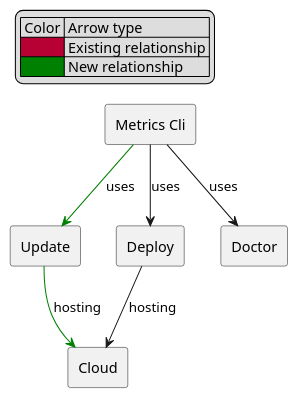
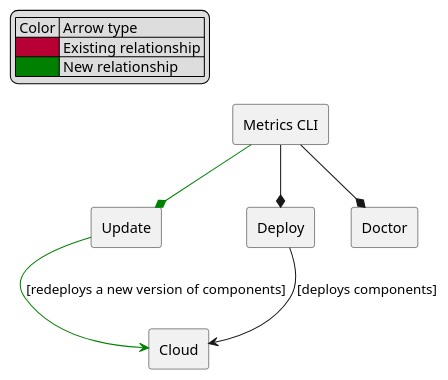
One commit to Flank/flank-dashboard changed the diagram in metrics/cli/docs/features/diagrams/update_feature_integration_component_diagram.puml. Above: the diagram before and after it, drawn with PlantUML. The commit also changed 1 other file, not shown here.

```diff
--- a/metrics/cli/docs/features/diagrams/update_feature_integration_component_diagram.puml
+++ b/metrics/cli/docs/features/diagrams/update_feature_integration_component_diagram.puml
@@ -1,24 +1,24 @@
 @startuml update_feature_integration_component_diagram
 
 skinparam componentStyle rectangle
 
 legend top left
     | Color | Arrow type |
     |<#B70033>| Existing relationship |
     |<#Green>| New relationship |
 endlegend
 
-component "Metrics Cli" as Cli
+component "Metrics CLI" as Cli
 component "Update"
 component "Deploy"
 component "Doctor"
 component Cloud
 
-Cli -[#Green]-> Update : uses
-Cli --> Deploy : uses
-Cli --> Doctor : uses
+Cli -[#Green]-* Update
+Cli --* Deploy
+Cli --* Doctor
 
-Update -[#Green]-> Cloud : hosting
-Deploy --> Cloud : hosting
+Update -[#Green]-> Cloud : [redeploys a new version of components]
+Deploy --> Cloud : [deploys components]
 
 @enduml
```
